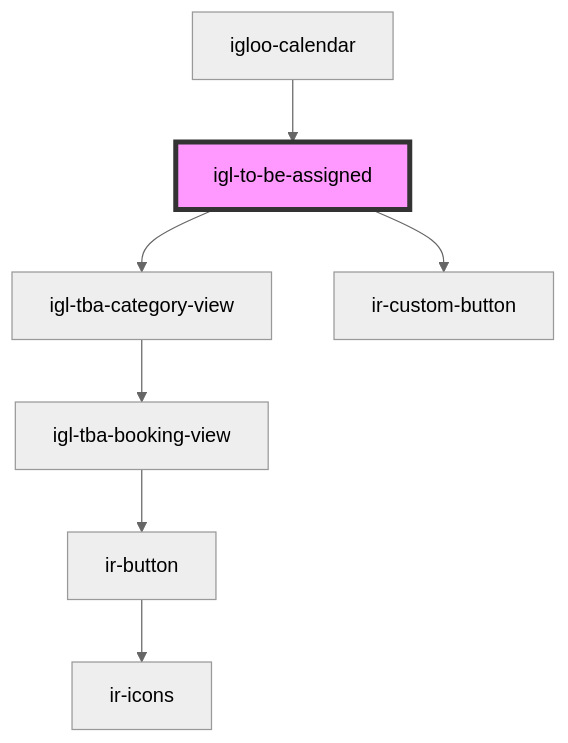
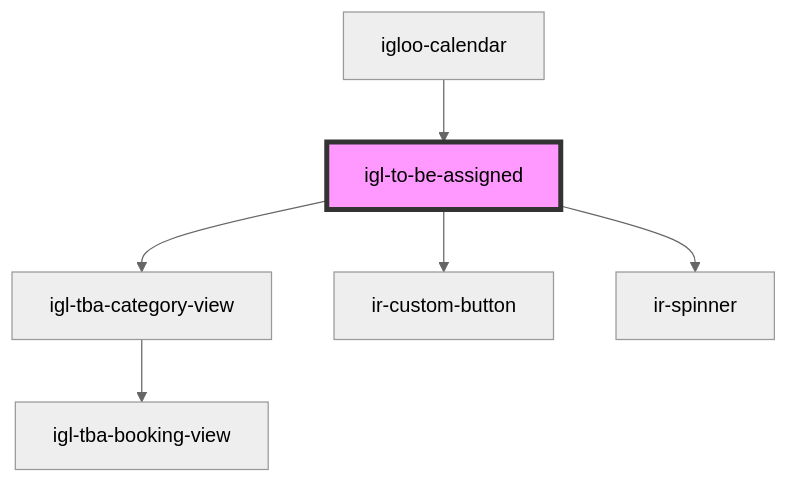
One commit to RonyRizk/ir-webcmp changed the diagram in src/components/igloo-calendar/igl-to-be-assigned/readme.md. Above: the diagram before and after it, drawn with Mermaid (neutral theme). The commit also changed other lines of this file and 586 other files, not shown here.

````diff
--- a/src/components/igloo-calendar/igl-to-be-assigned/readme.md
+++ b/src/components/igloo-calendar/igl-to-be-assigned/readme.md
@@ -42,10 +43,9 @@
 ```mermaid
 graph TD;
   igl-to-be-assigned --> igl-tba-category-view
   igl-to-be-assigned --> ir-custom-button
+  igl-to-be-assigned --> ir-spinner
   igl-tba-category-view --> igl-tba-booking-view
-  igl-tba-booking-view --> ir-button
-  ir-button --> ir-icons
   igloo-calendar --> igl-to-be-assigned
   style igl-to-be-assigned fill:#f9f,stroke:#333,stroke-width:4px
 ```
````
